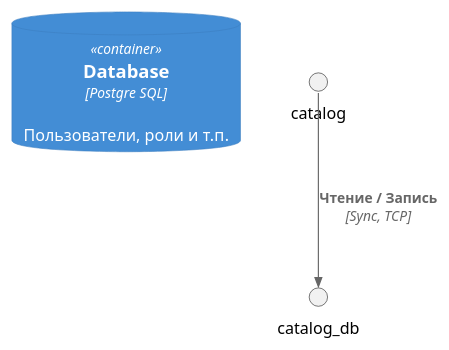
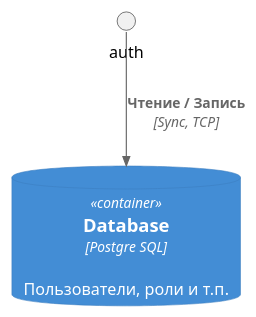
The diagram in containers/services/auth/db.puml (gerzhan/knigaexpert-system-design), drawn with PlantUML before and after one commit.

```diff
--- a/containers/services/auth/db.puml
+++ b/containers/services/auth/db.puml
@@ -1,5 +1,5 @@
 @startuml
 !include https://raw.githubusercontent.com/plantuml-stdlib/C4-PlantUML/master/C4_Container.puml
 ContainerDb(auth_db, "Database", "Postgre SQL", "Пользователи, роли и т.п.")
-Rel(catalog, catalog_db, "Чтение / Запись", "Sync, TCP")
+Rel(auth, auth_db, "Чтение / Запись", "Sync, TCP")
 @enduml
```
